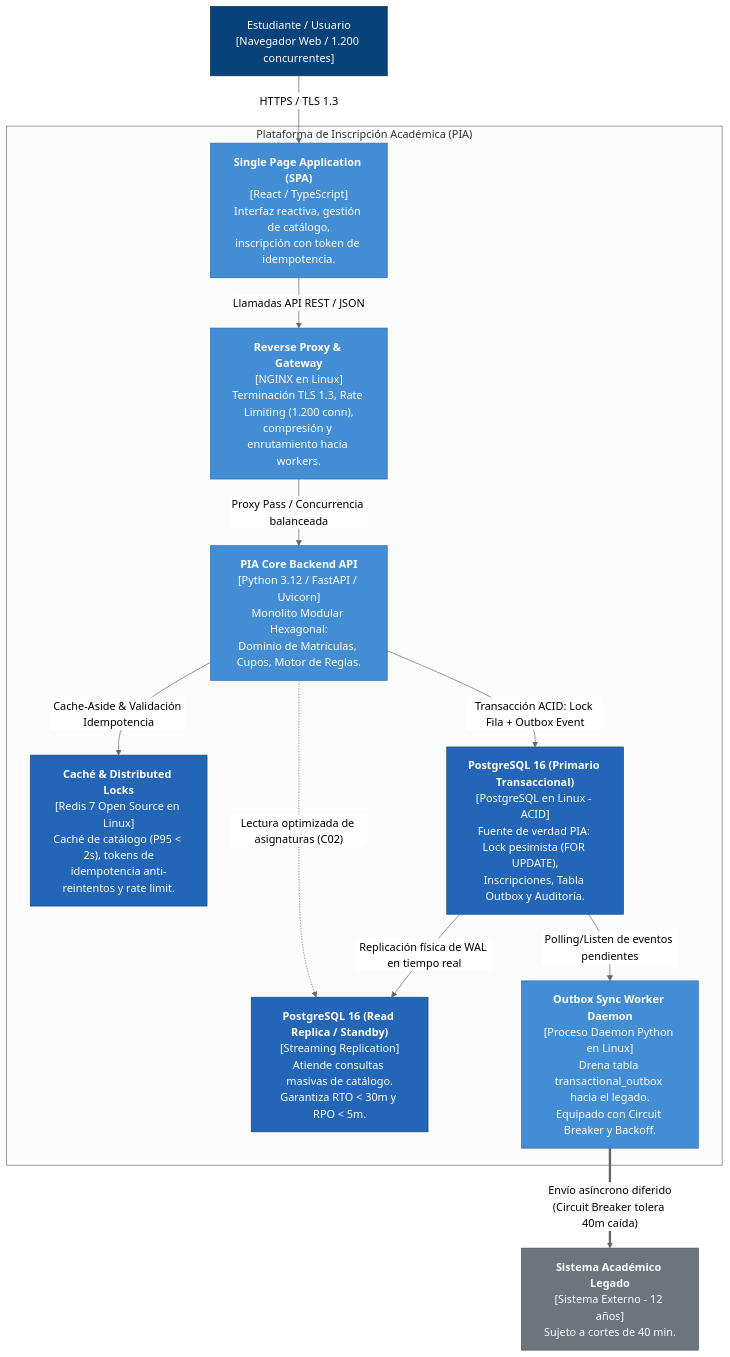
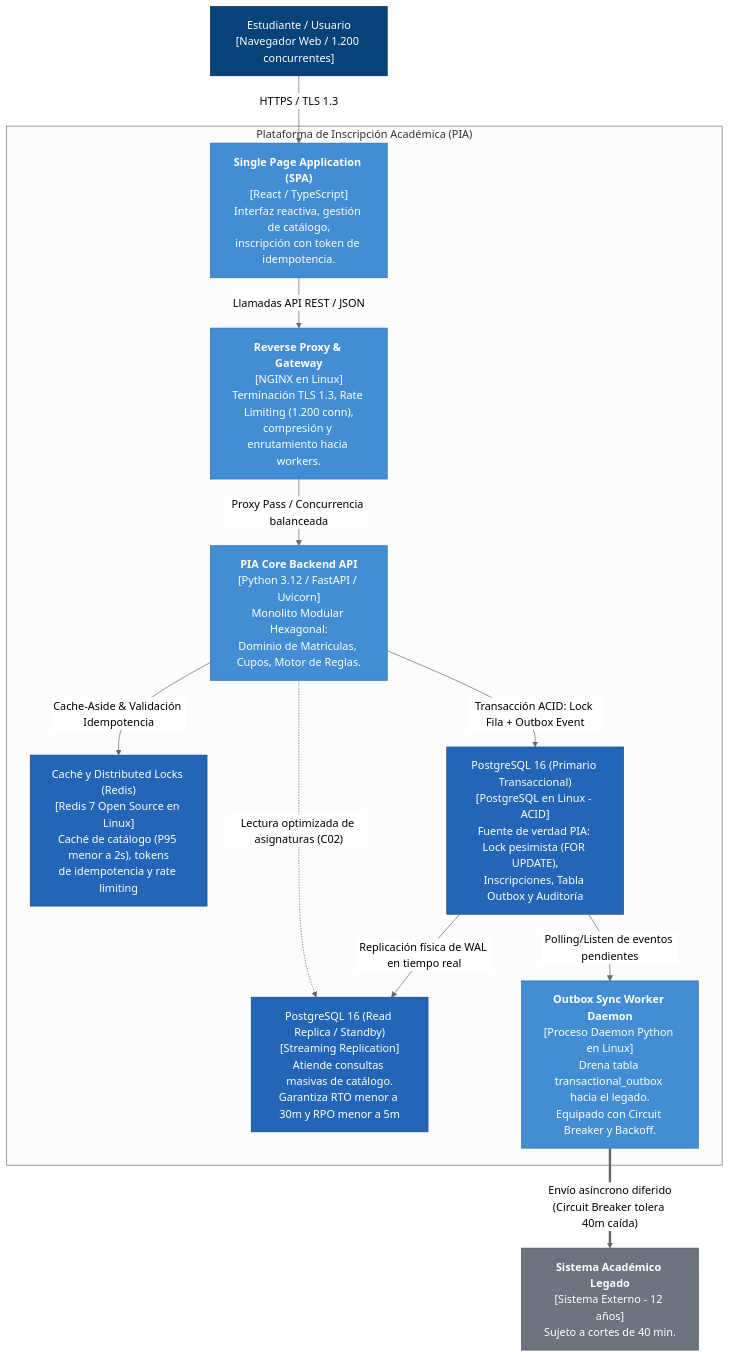
One commit to aluengas98/parcial2_aluengas98 changed the third of 5 diagrams in docs/actividad2.md. Above: the diagram before and after it, drawn with Mermaid (neutral theme). The commit also changed other lines of this file and 2 other files, not shown here.

Commit message:
fix(diagrams): sanitizacion exhaustiva de sintaxis mermaid en todas las actividades

````diff
--- a/docs/actividad2.md
+++ b/docs/actividad2.md
@@ -90,41 +90,41 @@
 ```mermaid
 flowchart TB
     Estudiante["Estudiante / Usuario<br/>[Navegador Web / 1.200 concurrentes]"]
 
     subgraph PIA_System["Plataforma de Inscripción Académica (PIA)"]
         SPA["<b>Single Page Application (SPA)</b><br/>[React / TypeScript]<br/>Interfaz reactiva, gestión de catálogo,<br/>inscripción con token de idempotencia."]
         
         NGINX["<b>Reverse Proxy & Gateway</b><br/>[NGINX en Linux]<br/>Terminación TLS 1.3, Rate Limiting (1.200 conn),<br/>compresión y enrutamiento hacia workers."]
         
         BackendAPI["<b>PIA Core Backend API</b><br/>[Python 3.12 / FastAPI / Uvicorn]<br/>Monolito Modular Hexagonal:<br/>Dominio de Matrículas, Cupos, Motor de Reglas."]
 
-        Redis["<b>Caché & Distributed Locks</b><br/>[Redis 7 Open Source en Linux]<br/>Caché de catálogo (P95 &lt; 2s), tokens de<br/>idempotencia anti-reintentos y rate limit."]
+        Redis["Caché y Distributed Locks (Redis)<br/>[Redis 7 Open Source en Linux]<br/>Caché de catálogo (P95 menor a 2s), tokens<br/>de idempotencia y rate limiting"]
 
-        PostgresMaster["<b>PostgreSQL 16 (Primario Transaccional)</b><br/>[PostgreSQL en Linux - ACID]<br/>Fuente de verdad PIA: Lock pesimista (FOR UPDATE),<br/>Inscripciones, Tabla Outbox y Auditoría."]
+        PostgresMaster["PostgreSQL 16 (Primario Transaccional)<br/>[PostgreSQL en Linux - ACID]<br/>Fuente de verdad PIA: Lock pesimista (FOR UPDATE),<br/>Inscripciones, Tabla Outbox y Auditoría"]
 
-        PostgresReplica["<b>PostgreSQL 16 (Read Replica / Standby)</b><br/>[Streaming Replication]<br/>Atiende consultas masivas de catálogo.<br/>Garantiza RTO &lt; 30m y RPO &lt; 5m."]
+        PostgresReplica["PostgreSQL 16 (Read Replica / Standby)<br/>[Streaming Replication]<br/>Atiende consultas masivas de catálogo.<br/>Garantiza RTO menor a 30m y RPO menor a 5m"]
 
         OutboxWorker["<b>Outbox Sync Worker Daemon</b><br/>[Proceso Daemon Python en Linux]<br/>Drena tabla transactional_outbox hacia el legado.<br/>Equipado con Circuit Breaker y Backoff."]
     end
 
     LegadoExt["<b>Sistema Académico Legado</b><br/>[Sistema Externo - 12 años]<br/>Sujeto a cortes de 40 min."]
 
     Estudiante -->|"HTTPS / TLS 1.3"| SPA
     SPA -->|"Llamadas API REST / JSON"| NGINX
     NGINX -->|"Proxy Pass / Concurrencia balanceada"| BackendAPI
     BackendAPI -->|"Cache-Aside & Validación Idempotencia"| Redis
     BackendAPI -->|"Transacción ACID: Lock Fila + Outbox Event"| PostgresMaster
     BackendAPI -.->|"Lectura optimizada de asignaturas (C02)"| PostgresReplica
     PostgresMaster -->|"Replicación física de WAL en tiempo real"| PostgresReplica
     PostgresMaster -->|"Polling/Listen de eventos pendientes"| OutboxWorker
     OutboxWorker ==>|"Envío asíncrono diferido<br/>(Circuit Breaker tolera 40m caída)"| LegadoExt
 
     classDef user fill:#08427b,stroke:#052c52,color:#ffffff;
     classDef container fill:#438dd5,stroke:#2b6cb0,color:#ffffff;
     classDef database fill:#2366b8,stroke:#1a4971,color:#ffffff;
     classDef external fill:#6c757d,stroke:#495057,color:#ffffff;
     class Estudiante user;
     class SPA,NGINX,BackendAPI,OutboxWorker container;
     class Redis,PostgresMaster,PostgresReplica database;
     class LegadoExt external;
 ```
````
